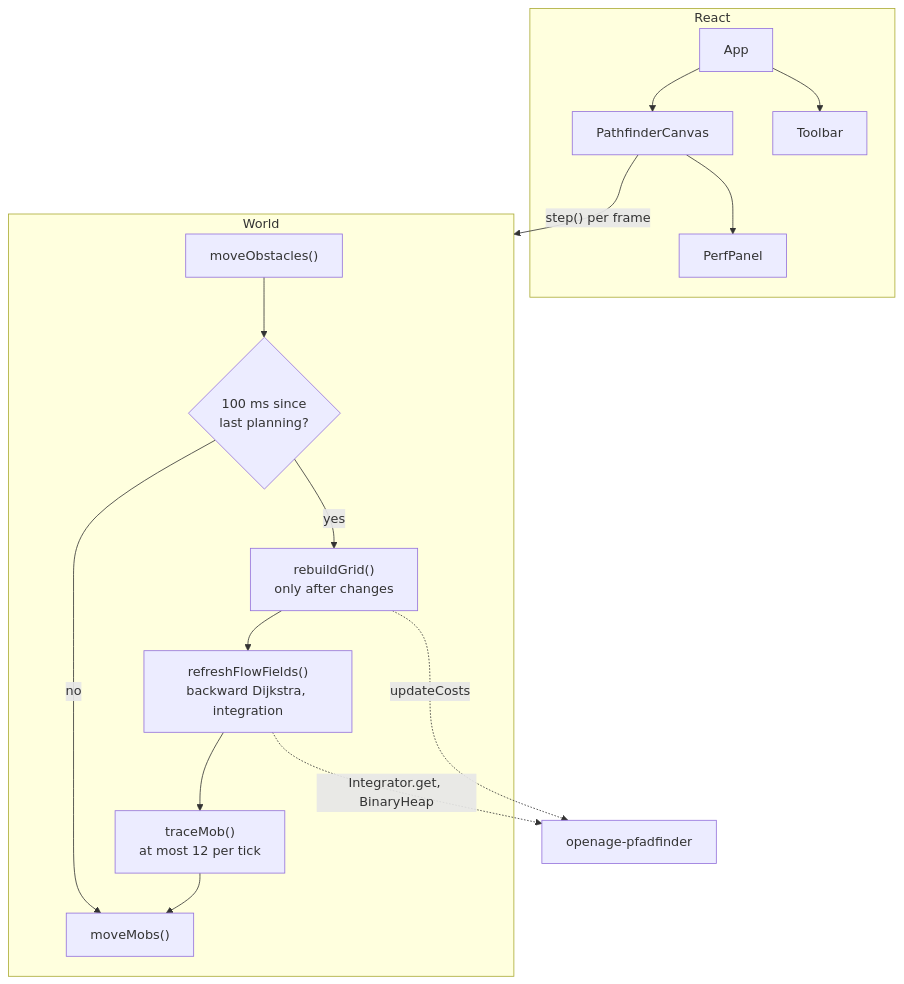
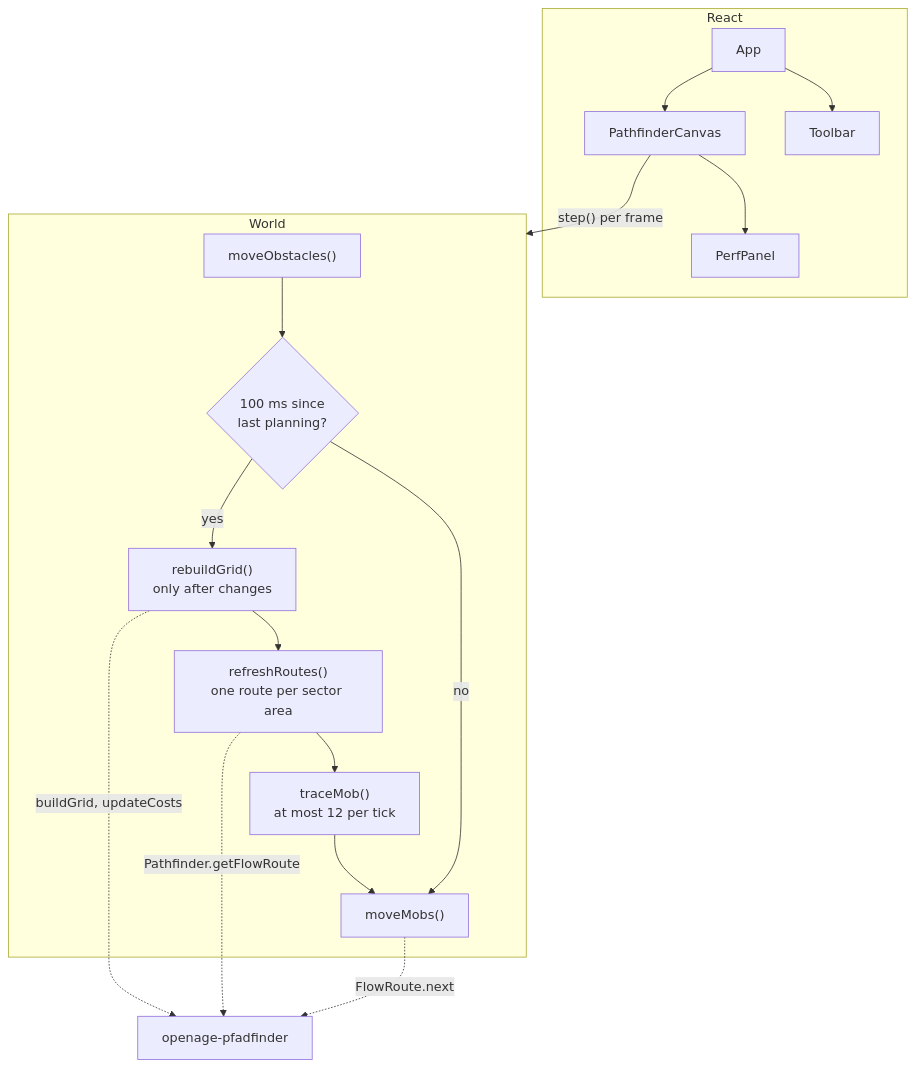
Diagram 17 of 18 in docs/ARCHITECTURE.md (leptoquark1/openage-pfadfinder), drawn with Mermaid before and after one commit. The commit also changed other lines of this file and 7 other files, not shown here.

First line of the commit message:
fix(demo): plan playground routes through the library

````diff
--- a/docs/ARCHITECTURE.md
+++ b/docs/ARCHITECTURE.md
@@ -838,22 +848,23 @@
 ```mermaid
 flowchart TD
     subgraph UI["React"]
         App["App"] --> Canvas["PathfinderCanvas"]
         App --> Toolbar["Toolbar"]
         Canvas --> Perf["PerfPanel"]
     end
 
     Canvas -- "step() per frame" --> World
 
     subgraph World["World"]
         Obstacles["moveObstacles()"] --> Plan{"100 ms since<br/>last planning?"}
         Plan -- yes --> Rebuild["rebuildGrid()<br/>only after changes"]
-        Rebuild --> Flows["refreshFlowFields()<br/>backward Dijkstra, integration"]
-        Flows --> Trace["traceMob()<br/>at most 12 per tick"]
+        Rebuild --> Routes["refreshRoutes()<br/>one route per sector area"]
+        Routes --> Trace["traceMob()<br/>at most 12 per tick"]
         Trace --> Mobs["moveMobs()"]
         Plan -- no --> Mobs
     end
 
-    Rebuild -. updateCosts .-> Library["openage-pfadfinder"]
-    Flows -. "Integrator.get, BinaryHeap" .-> Library
+    Rebuild -. "buildGrid, updateCosts" .-> Library["openage-pfadfinder"]
+    Routes -. "Pathfinder.getFlowRoute" .-> Library
+    Mobs -. "FlowRoute.next" .-> Library
 ```
````
